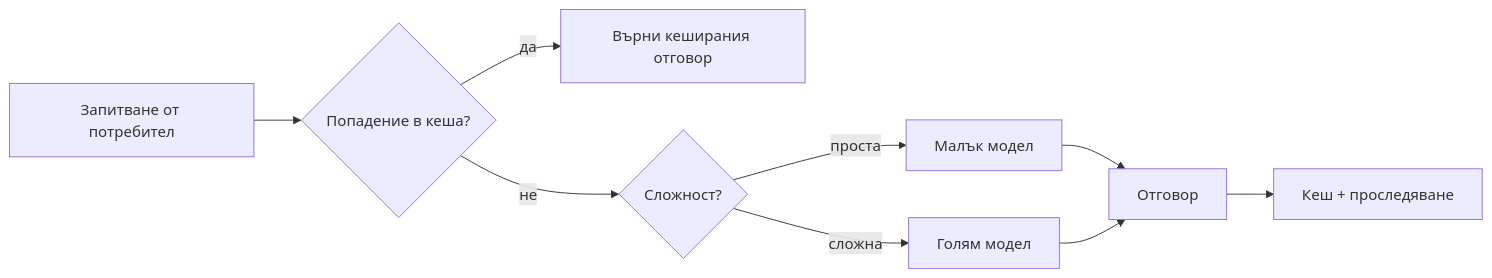
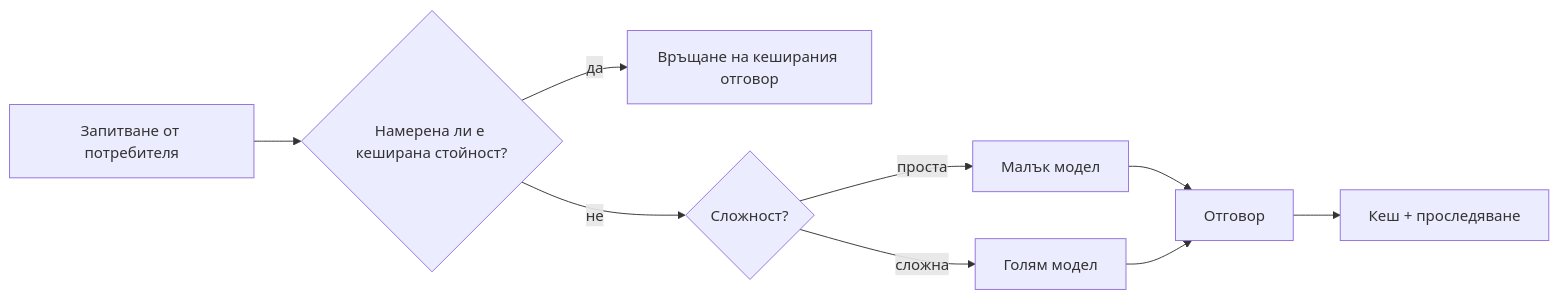
One commit to gabrielmoreira/agent-skills-mirror changed the third of 4 diagrams in mirrors/repos/microsoft@ai-agents-for-beginners/translations/bg/16-deploying-scalable-agents/README.md. Above: the diagram before and after it, drawn with Mermaid. The commit also changed other lines of this file and 3581 other files, not shown here.

````diff
--- a/mirrors/repos/microsoft@ai-agents-for-beginners/translations/bg/16-deploying-scalable-agents/README.md
+++ b/mirrors/repos/microsoft@ai-agents-for-beginners/translations/bg/16-deploying-scalable-agents/README.md
@@ -134,11 +134,11 @@
 ```mermaid
 flowchart LR
-    Q[Запитване от потребител] --> C{Попадение в кеша?}
-    C -->|да| R[Върни кеширания отговор]
+    Q[Запитване от потребителя] --> C{Намерена ли е кеширана стойност?}
+    C -->|да| R[Връщане на кеширания отговор]
     C -->|не| Router{Сложност?}
     Router -->|проста| SLM[Малък модел]
     Router -->|сложна| LLM[Голям модел]
     SLM --> Out[Отговор]
     LLM --> Out
     Out --> Store[Кеш + проследяване]
 ```
````
